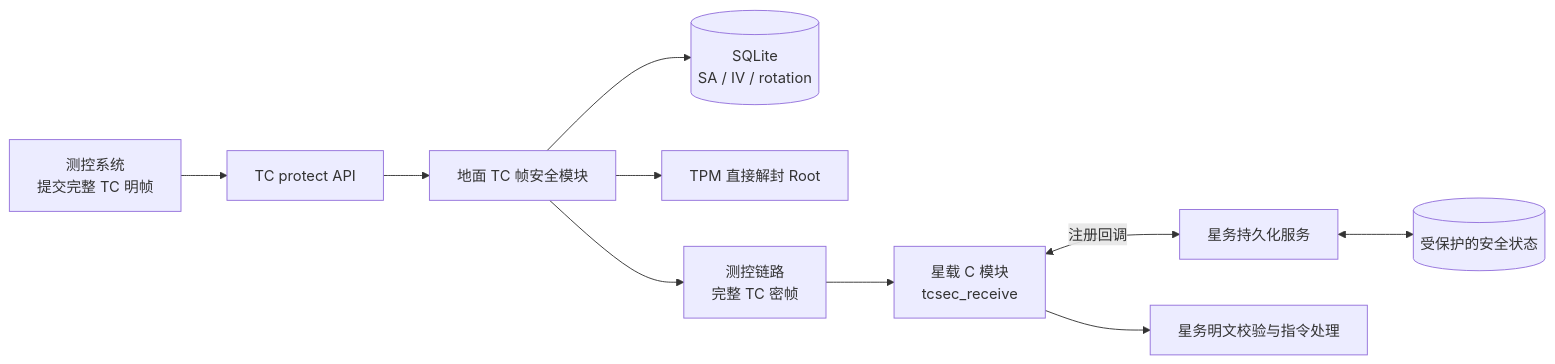
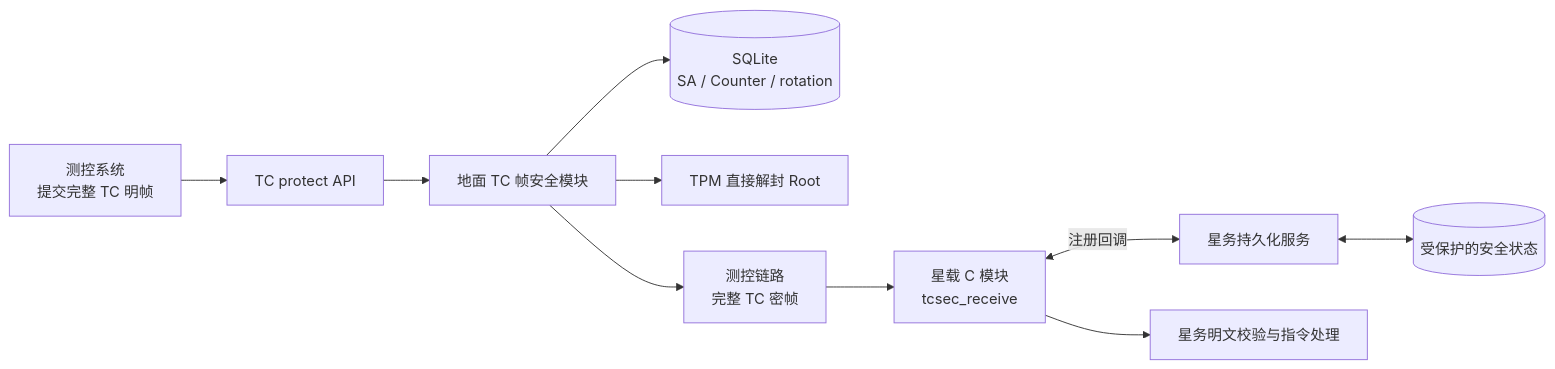
One commit to HangzeGao/key-vault changed the first of 3 diagrams in docs/TC_GROUND_FLIGHT_ARCHITECTURE.md. Above: the diagram before and after it, drawn with Mermaid. The commit also changed other lines of this file and 92 other files, not shown here.

````diff
--- a/docs/TC_GROUND_FLIGHT_ARCHITECTURE.md
+++ b/docs/TC_GROUND_FLIGHT_ARCHITECTURE.md
@@ -5,12 +6,12 @@
 ```mermaid
 flowchart LR
   C["测控系统\n提交完整 TC 明帧"] --> API["TC protect API"]
   API --> G["地面 TC 帧安全模块"]
-  G --> DB[("SQLite\nSA / IV / rotation")]
+  G --> DB[("SQLite\nSA / Counter / rotation")]
   G --> TPM["TPM 直接解封 Root"]
   G --> L["测控链路\n完整 TC 密帧"]
   L --> F["星载 C 模块\ntcsec_receive"]
   F <-->|注册回调| S["星务持久化服务"]
   S <--> NVM[("受保护的安全状态")]
   F --> O["星务明文校验与指令处理"]
 ```
````
